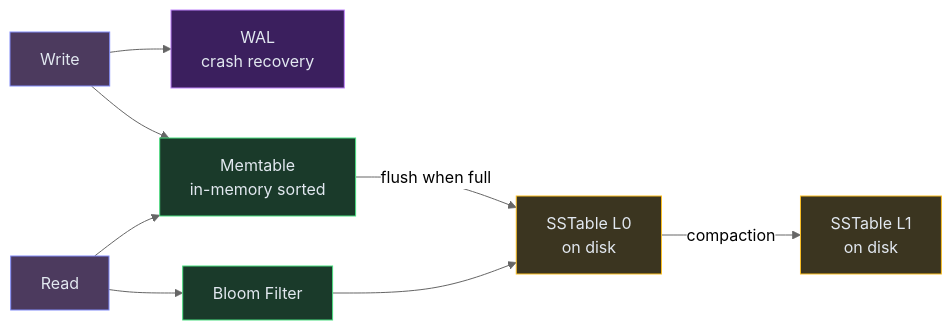
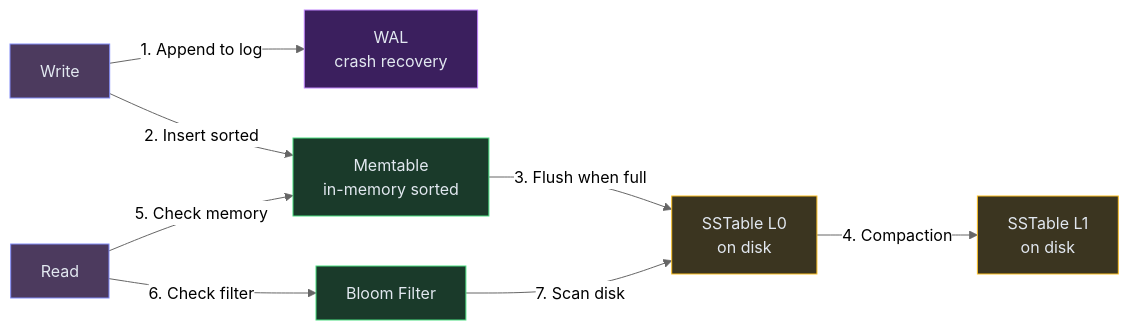
Before and after one commit to iluzn/HLD-Designs: the eighth of 10 diagrams in content/hld/KeyValueStore.md, drawn with Mermaid (neutral theme). The commit also changed other lines of this file and 27 other files, not shown here.

````diff
--- a/content/hld/KeyValueStore.md
+++ b/content/hld/KeyValueStore.md
@@ -388,23 +388,23 @@
 ```mermaid
 flowchart LR
     WRITE["Write"]:::client
     WAL["WAL<br/>crash recovery"]:::async
     MEM["Memtable<br/>in-memory sorted"]:::service
     SS1["SSTable L0<br/>on disk"]:::data
     SS2["SSTable L1<br/>on disk"]:::data
     READ["Read"]:::client
     BLOOM["Bloom Filter"]:::service
 
-    WRITE --> WAL
-    WRITE --> MEM
-    MEM -->|"flush when full"| SS1
-    SS1 -->|"compaction"| SS2
-    READ --> MEM
-    READ --> BLOOM
-    BLOOM --> SS1
+    WRITE -->|"1. Append to log"| WAL
+    WRITE -->|"2. Insert sorted"| MEM
+    MEM -->|"3. Flush when full"| SS1
+    SS1 -->|"4. Compaction"| SS2
+    READ -->|"5. Check memory"| MEM
+    READ -->|"6. Check filter"| BLOOM
+    BLOOM -->|"7. Scan disk"| SS1
 
     classDef client fill:#4c3a5e,stroke:#818cf8,color:#e2e8f0
     classDef service fill:#1a3a2a,stroke:#4ade80,color:#e2e8f0
     classDef data fill:#3b3520,stroke:#fbbf24,color:#e2e8f0
     classDef async fill:#3b1f5e,stroke:#c084fc,color:#e2e8f0
 ```
````
